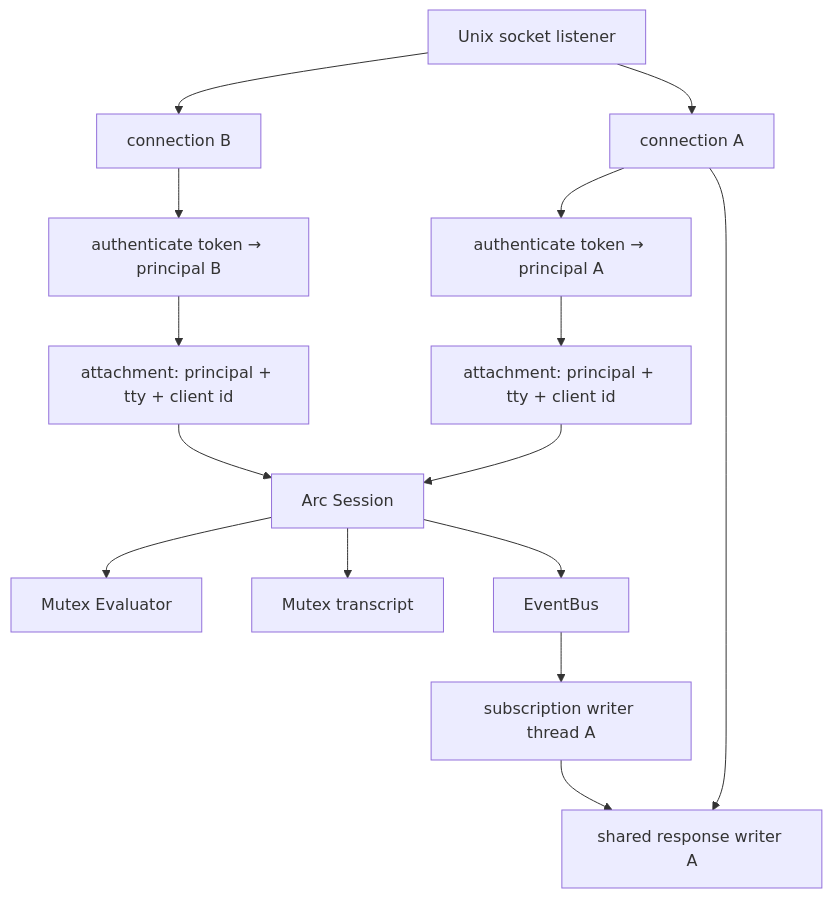
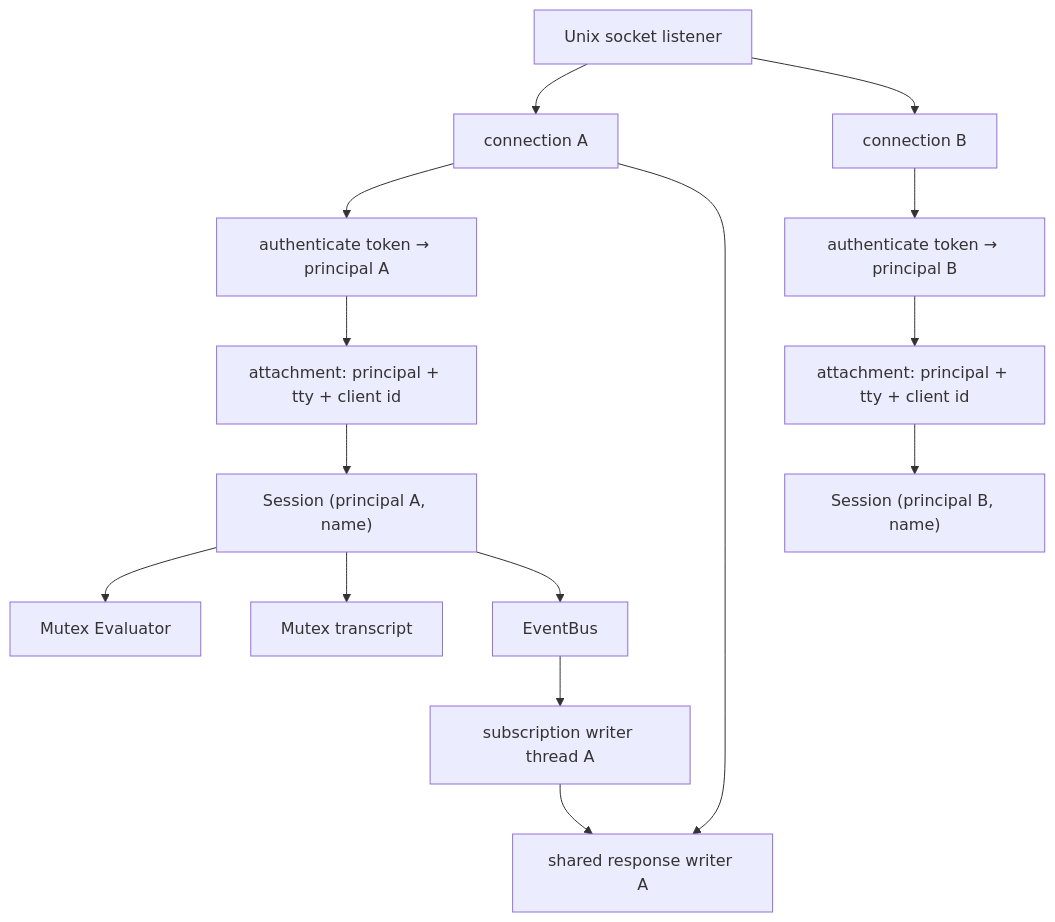
One commit to alliecatowo/shoal changed the first of 5 diagrams in site/content/internals/kernel-protocol.md. Above: the diagram before and after it, drawn with Mermaid. The commit also changed other lines of this file and 33 other files, not shown here.

````diff
--- a/site/content/internals/kernel-protocol.md
+++ b/site/content/internals/kernel-protocol.md
@@ -26,19 +26,19 @@
 ```mermaid
 flowchart TB
 accTitle: Connection, authentication, attachment, and session topology
-accDescr: Each socket connection authenticates a principal, attaches client-local state to a shared session, and uses a dedicated writer path for responses and subscriptions.
+accDescr: Each socket connection authenticates a principal, attaches to that principal's private named session, and uses a dedicated writer path for responses and subscriptions.
   Listener["Unix socket listener"] --> ConnA["connection A"]
   Listener --> ConnB["connection B"]
   ConnA --> AuthA["authenticate token → principal A"]
   ConnB --> AuthB["authenticate token → principal B"]
   AuthA --> AttachA["attachment: principal + tty + client id"]
   AuthB --> AttachB["attachment: principal + tty + client id"]
-  AttachA --> Session["Arc Session"]
-  AttachB --> Session
-  Session --> Eval["Mutex Evaluator"]
-  Session --> Transcript["Mutex transcript"]
-  Session --> Bus["EventBus"]
+  AttachA --> SessionA["Session (principal A, name)"]
+  AttachB --> SessionB["Session (principal B, name)"]
+  SessionA --> Eval["Mutex Evaluator"]
+  SessionA --> Transcript["Mutex transcript"]
+  SessionA --> Bus["EventBus"]
   ConnA --> WriterA["shared response writer A"]
   Bus --> SubA["subscription writer thread A"]
   SubA --> WriterA
 ```
````
